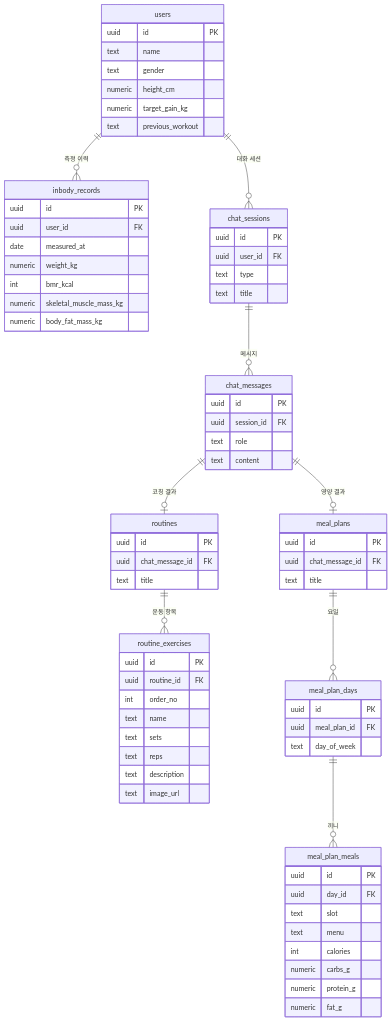
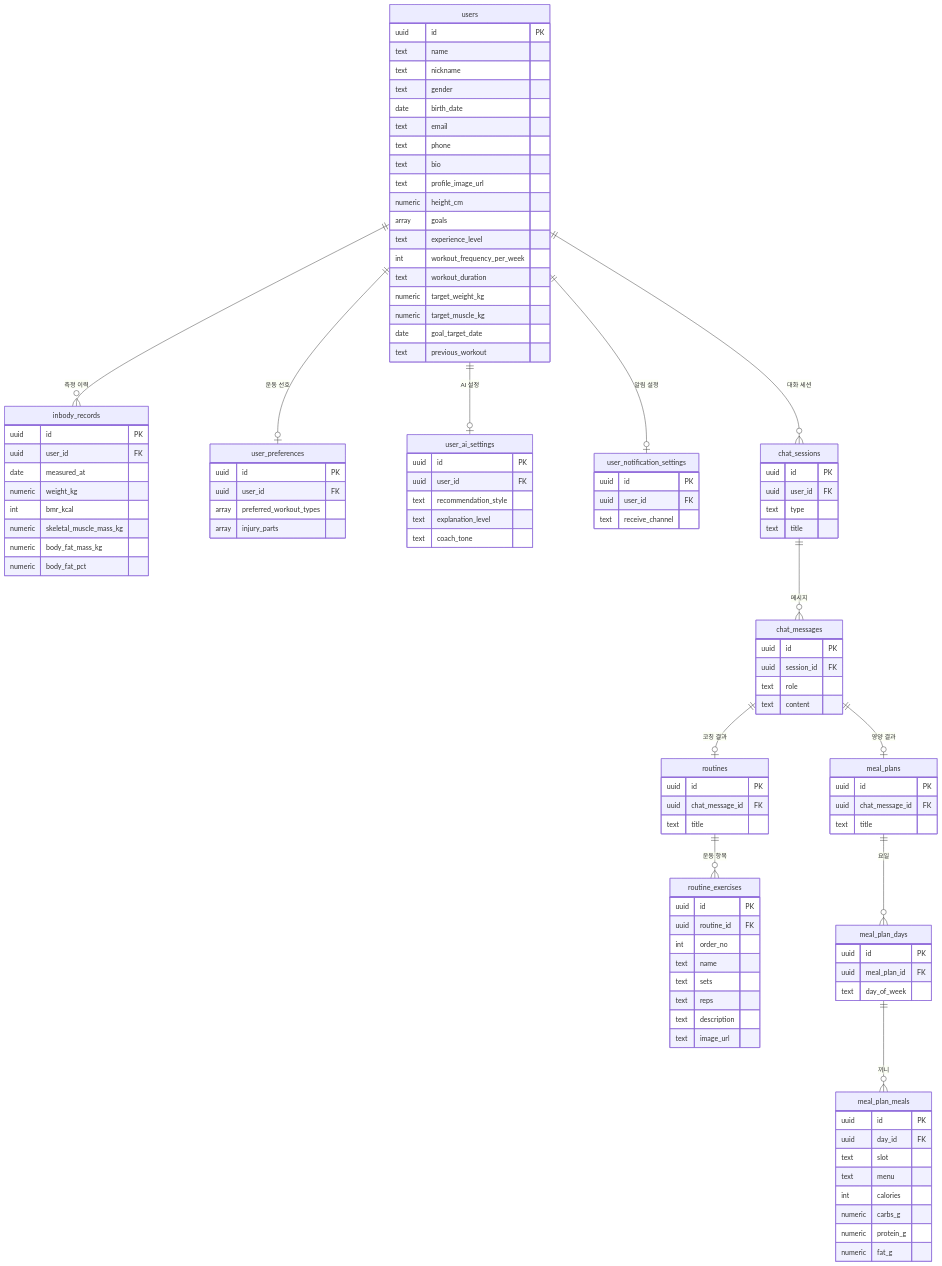
Before and after one commit to LEEMINGU03/Healthcare_BE_LEE: the diagram in Docs/database.md, drawn with Mermaid. The commit also changed other lines of this file and 1 other file, not shown here.

````diff
--- a/Docs/database.md
+++ b/Docs/database.md
@@ -14,6 +20,9 @@
 ```mermaid
 erDiagram
     users ||--o{ inbody_records : "측정 이력"
+    users ||--o| user_preferences : "운동 선호"
+    users ||--o| user_ai_settings : "AI 설정"
+    users ||--o| user_notification_settings : "알림 설정"
     users ||--o{ chat_sessions : "대화 세션"
     chat_sessions ||--o{ chat_messages : "메시지"
     chat_messages ||--o| routines : "코칭 결과"
@@ -25,9 +34,21 @@
     users {
         uuid id PK
         text name
+        text nickname
         text gender
+        date birth_date
+        text email
+        text phone
+        text bio
+        text profile_image_url
         numeric height_cm
-        numeric target_gain_kg
+        array goals
+        text experience_level
+        int workout_frequency_per_week
+        text workout_duration
+        numeric target_weight_kg
+        numeric target_muscle_kg
+        date goal_target_date
         text previous_workout
     }
     inbody_records {
@@ -38,6 +59,25 @@
         int bmr_kcal
         numeric skeletal_muscle_mass_kg
         numeric body_fat_mass_kg
+        numeric body_fat_pct
+    }
+    user_preferences {
+        uuid id PK
+        uuid user_id FK
+        array preferred_workout_types
+        array injury_parts
+    }
+    user_ai_settings {
+        uuid id PK
+        uuid user_id FK
+        text recommendation_style
+        text explanation_level
+        text coach_tone
+    }
+    user_notification_settings {
+        uuid id PK
+        uuid user_id FK
+        text receive_channel
     }
     chat_sessions {
         uuid id PK
````
